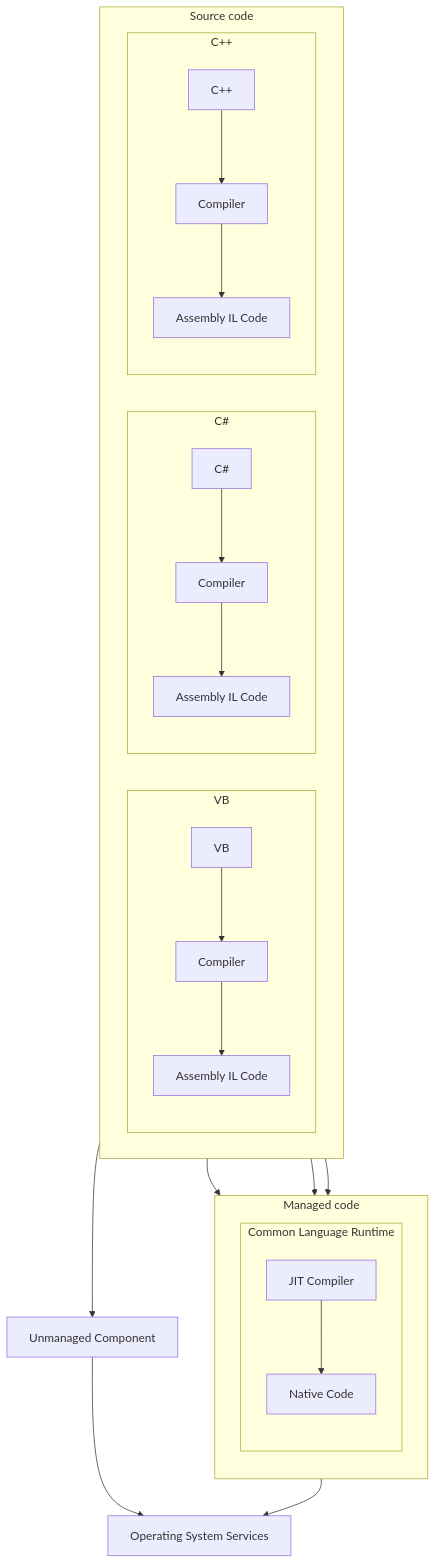
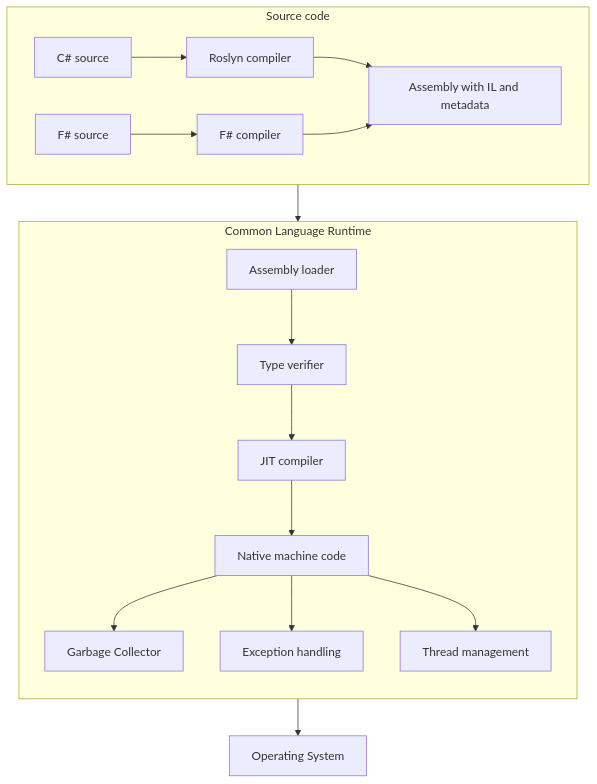
Before and after one commit to grafanaKibana/devbook.zip: the diagram in Vault/Software Engineering/01 Programming/NET/Runtime/Common Language Runtime.md, drawn with Mermaid. The commit also changed other lines of this file and 25 other files, not shown here.

````diff
--- a/Vault/Software Engineering/01 Programming/NET/Runtime/Common Language Runtime.md
+++ b/Vault/Software Engineering/01 Programming/NET/Runtime/Common Language Runtime.md
@@ -41,38 +22,21 @@
 ```mermaid
 flowchart TB
   subgraph SOURCE[Source code]
     direction LR
-
-    subgraph VB[VB]
-      direction TB
-      VB_LANG[VB] --> VB_COMP[Compiler] --> VB_IL[Assembly IL Code]
-    end
-
-    subgraph CSHARP[C#]
-      direction TB
-      CS_LANG[C#] --> CS_COMP[Compiler] --> CS_IL[Assembly IL Code]
-    end
-
-    subgraph CPP[C++]
-      direction TB
-      CPP_LANG[C++] --> CPP_COMP[Compiler] --> CPP_IL[Assembly IL Code]
-    end
+    CS[C# source] --> CSC[Roslyn compiler] --> IL[Assembly with IL and metadata]
+    FS[F# source] --> FSC[F# compiler] --> IL
   end
 
-  CPP_COMP --> UNMANAGED[Unmanaged Component]
-
-  subgraph MANAGED[Managed code]
+  subgraph CLR[Common Language Runtime]
     direction TB
-    subgraph CLR[Common Language Runtime]
-      direction TB
-      JIT[JIT Compiler] --> NATIVE[Native Code]
-    end
+    LOAD[Assembly loader] --> VERIFY[Type verifier]
+    VERIFY --> JIT[JIT compiler]
+    JIT --> NATIVE[Native machine code]
+    NATIVE --> GC[Garbage Collector]
+    NATIVE --> EH[Exception handling]
+    NATIVE --> THREAD[Thread management]
   end
 
-  VB_IL --> JIT
-  CS_IL --> JIT
-  CPP_IL --> JIT
-
-  NATIVE --> OS[Operating System Services]
-  UNMANAGED --> OS
+  IL --> LOAD
+  NATIVE --> OS[Operating System]
 ```
````
